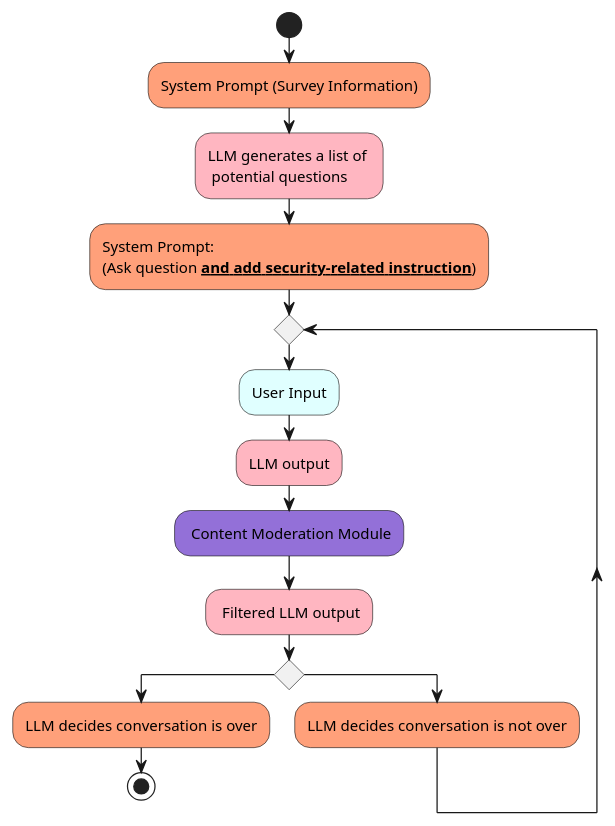
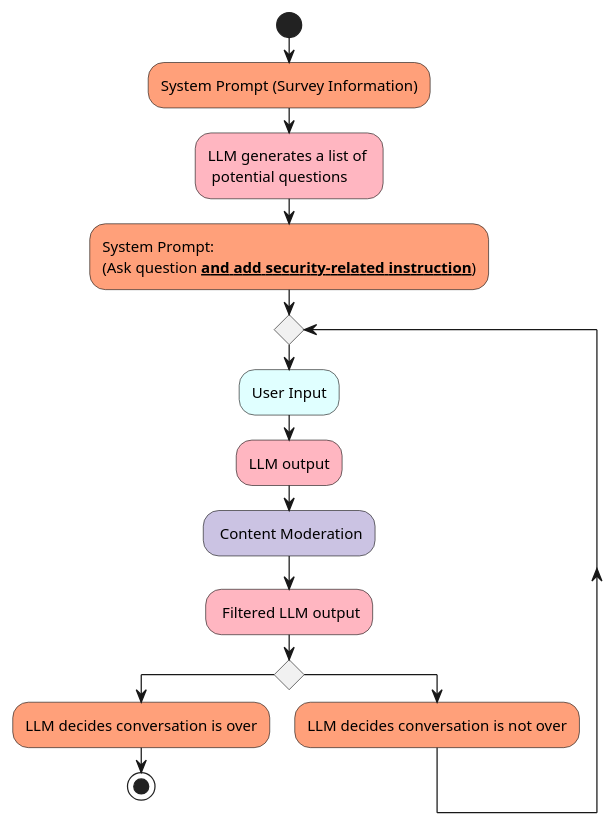
One commit to pakshuang/ai-chat-survey changed the diagram in docs/diagrams/src/prompt-eng-3.plantuml. Above: the diagram before and after it, drawn with PlantUML.

Commit message:
edit color and diagram

```diff
--- a/docs/diagrams/src/prompt-eng-3.plantuml
+++ b/docs/diagrams/src/prompt-eng-3.plantuml
@@ -1,26 +1,26 @@
 @startuml prompt-eng-3
 
 skinparam shadowing false
 skinparam BackgroundColor transparent
 
 start
 #LightSalmon:System Prompt (Survey Information);
 #LightPink:LLM generates a list of \n potential questions;
 #LightSalmon:System Prompt:\n(Ask question __**and add security-related instruction**__);
 
 while ()
     #LightCyan:User Input;
     #LightPink:LLM output; 
-    #MediumPurple: Content Moderation Module;
+    #CBC3E3: Content Moderation;
     #LightPink: Filtered LLM output; 
     if () then
         #LightSalmon:LLM decides conversation is over; 
         stop
     else 
         #LightSalmon:LLM decides conversation is not over;
     endif
     endwhile
     -[hidden]->
     detach
 
 @enduml
```
